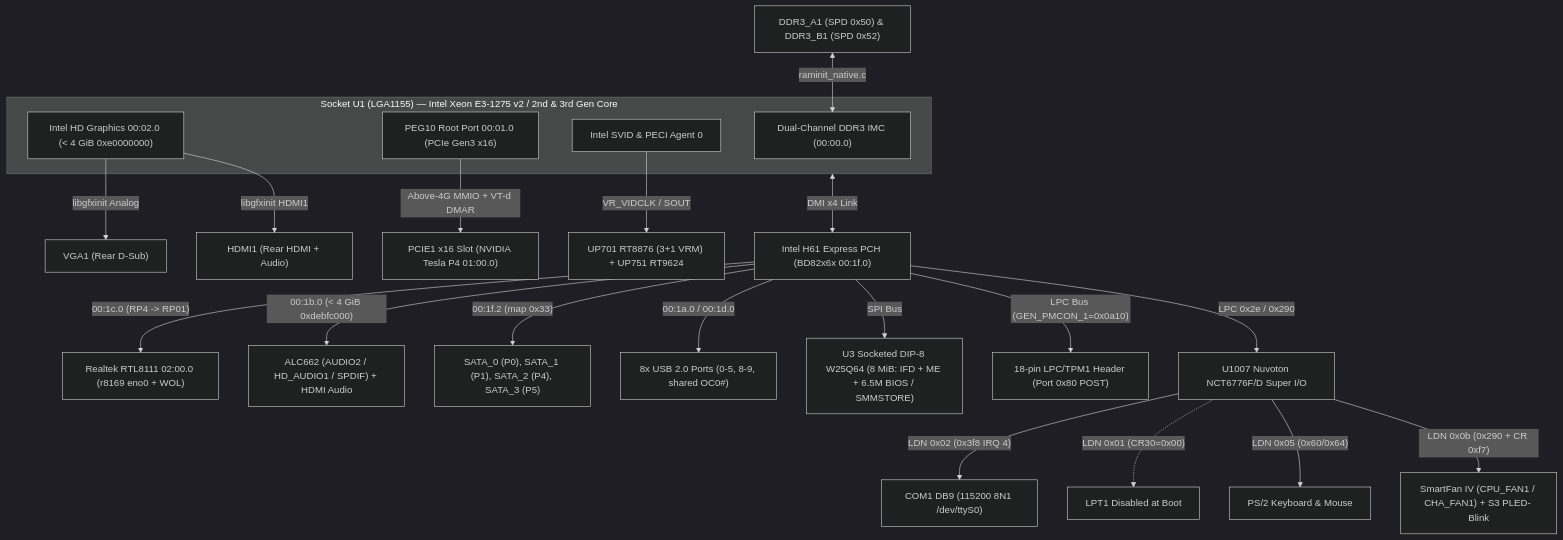
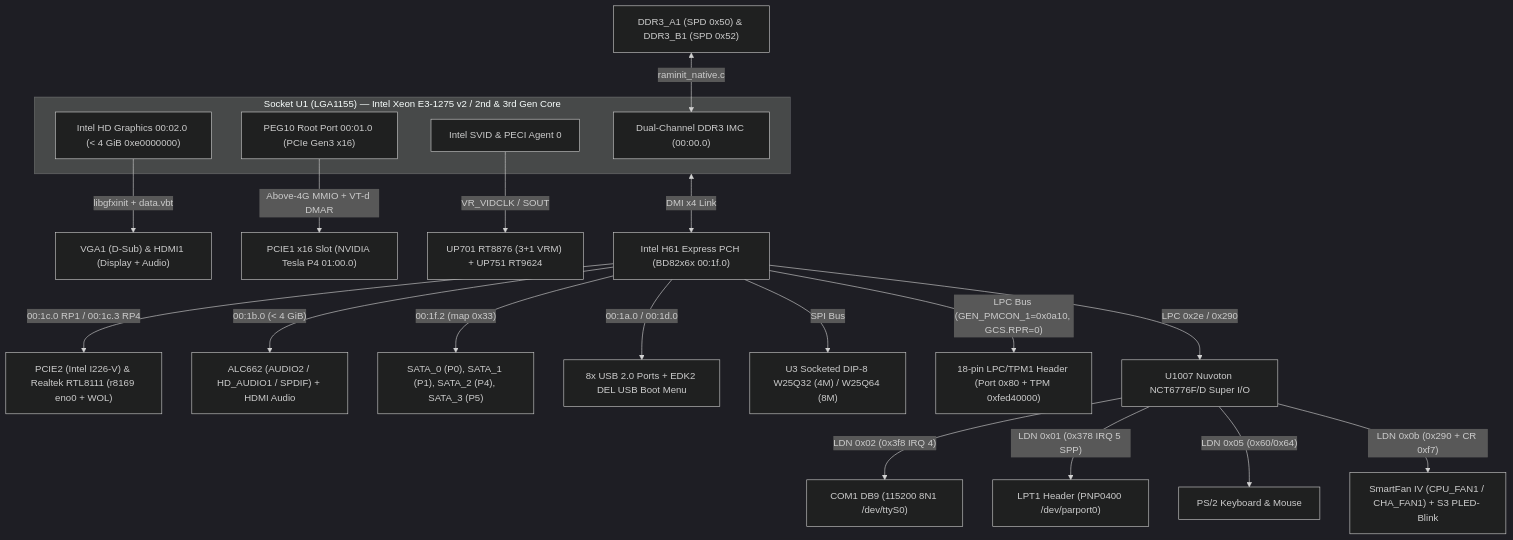
One commit to SanjayRavindran/asrock-h61m-s1-plus-coreboot changed the diagram in README.md. Above: the diagram before and after it, drawn with Mermaid (dark theme). The commit also changed other lines of this file and 39 other files, not shown here.

Commit message:
v26.11.3: Delete-key USB boot menu, LPT1, LPC/TPM1 Port 80, W25Q32/W25Q64 minimal-ME ROMs & blobs

````diff
--- a/README.md
+++ b/README.md
@@ -76,30 +80,29 @@
 ```mermaid
 flowchart TB
     subgraph CPU["Socket U1 (LGA1155) — Intel Xeon E3-1275 v2 / 2nd & 3rd Gen Core"]
         IMC["Dual-Channel DDR3 IMC (00:00.0)"]
         IGD["Intel HD Graphics 00:02.0 (< 4 GiB 0xe0000000)"]
         PEG["PEG10 Root Port 00:01.0 (PCIe Gen3 x16)"]
         SVID["Intel SVID & PECI Agent 0"]
     end
 
     DIMM["DDR3_A1 (SPD 0x50) & DDR3_B1 (SPD 0x52)"] <-->|"raminit_native.c"| IMC
-    IGD -->|"libgfxinit Analog"| VGA["VGA1 (Rear D-Sub)"]
-    IGD -->|"libgfxinit HDMI1"| HDMI["HDMI1 (Rear HDMI + Audio)"]
+    IGD -->|"libgfxinit + data.vbt"| VGA["VGA1 (D-Sub) & HDMI1 (Display + Audio)"]
     PEG -->|"Above-4G MMIO + VT-d DMAR"| PCIE1["PCIE1 x16 Slot (NVIDIA Tesla P4 01:00.0)"]
     SVID -->|"VR_VIDCLK / SOUT"| VRM["UP701 RT8876 (3+1 VRM) + UP751 RT9624"]
 
     CPU <-->|"DMI x4 Link"| PCH["Intel H61 Express PCH (BD82x6x 00:1f.0)"]
 
-    PCH -->|"00:1c.0 (RP4 -> RP01)"| LAN["Realtek RTL8111 02:00.0 (r8169 eno0 + WOL)"]
-    PCH -->|"00:1b.0 (< 4 GiB 0xdebfc000)"| HDA["ALC662 (AUDIO2 / HD_AUDIO1 / SPDIF) + HDMI Audio"]
+    PCH -->|"00:1c.0 RP1 / 00:1c.3 RP4"| PCIE2LAN["PCIE2 (Intel I226-V) & Realtek RTL8111 (r8169 eno0 + WOL)"]
+    PCH -->|"00:1b.0 (< 4 GiB)"| HDA["ALC662 (AUDIO2 / HD_AUDIO1 / SPDIF) + HDMI Audio"]
     PCH -->|"00:1f.2 (map 0x33)"| SATA["SATA_0 (P0), SATA_1 (P1), SATA_2 (P4), SATA_3 (P5)"]
-    PCH -->|"00:1a.0 / 00:1d.0"| USB["8x USB 2.0 Ports (0-5, 8-9, shared OC0#)"]
-    PCH -->|"SPI Bus"| SPI["U3 Socketed DIP-8 W25Q64 (8 MiB: IFD + ME + 6.5M BIOS / SMMSTORE)"]
-    PCH -->|"LPC Bus (GEN_PMCON_1=0x0a10)"| LPCTPM["18-pin LPC/TPM1 Header (Port 0x80 POST)"]
+    PCH -->|"00:1a.0 / 00:1d.0"| USB["8x USB 2.0 Ports + EDK2 DEL USB Boot Menu"]
+    PCH -->|"SPI Bus"| SPI["U3 Socketed DIP-8 W25Q32 (4M) / W25Q64 (8M)"]
+    PCH -->|"LPC Bus (GEN_PMCON_1=0x0a10, GCS.RPR=0)"| LPCTPM["18-pin LPC/TPM1 Header (Port 0x80 + TPM 0xfed40000)"]
     PCH -->|"LPC 0x2e / 0x290"| SIO["U1007 Nuvoton NCT6776F/D Super I/O"]
 
     SIO -->|"LDN 0x02 (0x3f8 IRQ 4)"| COM1["COM1 DB9 (115200 8N1 /dev/ttyS0)"]
-    SIO -.->|"LDN 0x01 (CR30=0x00)"| LPT1["LPT1 Disabled at Boot"]
+    SIO -->|"LDN 0x01 (0x378 IRQ 5 SPP)"| LPT1["LPT1 Header (PNP0400 /dev/parport0)"]
     SIO -->|"LDN 0x05 (0x60/0x64)"| PS2["PS/2 Keyboard & Mouse"]
     SIO -->|"LDN 0x0b (0x290 + CR 0xf7)"| HWM["SmartFan IV (CPU_FAN1 / CHA_FAN1) + S3 PLED- Blink"]
 ```
````
